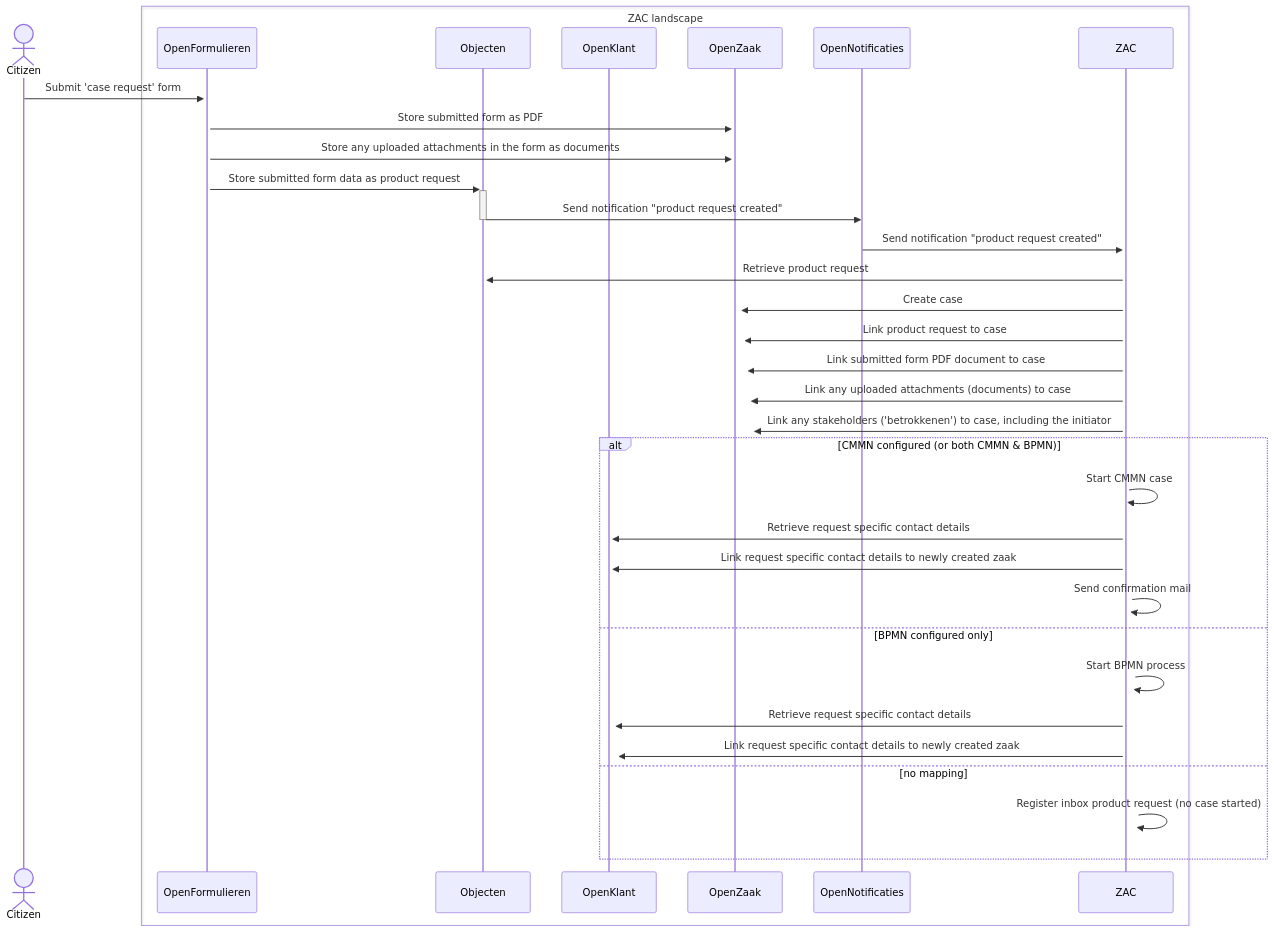
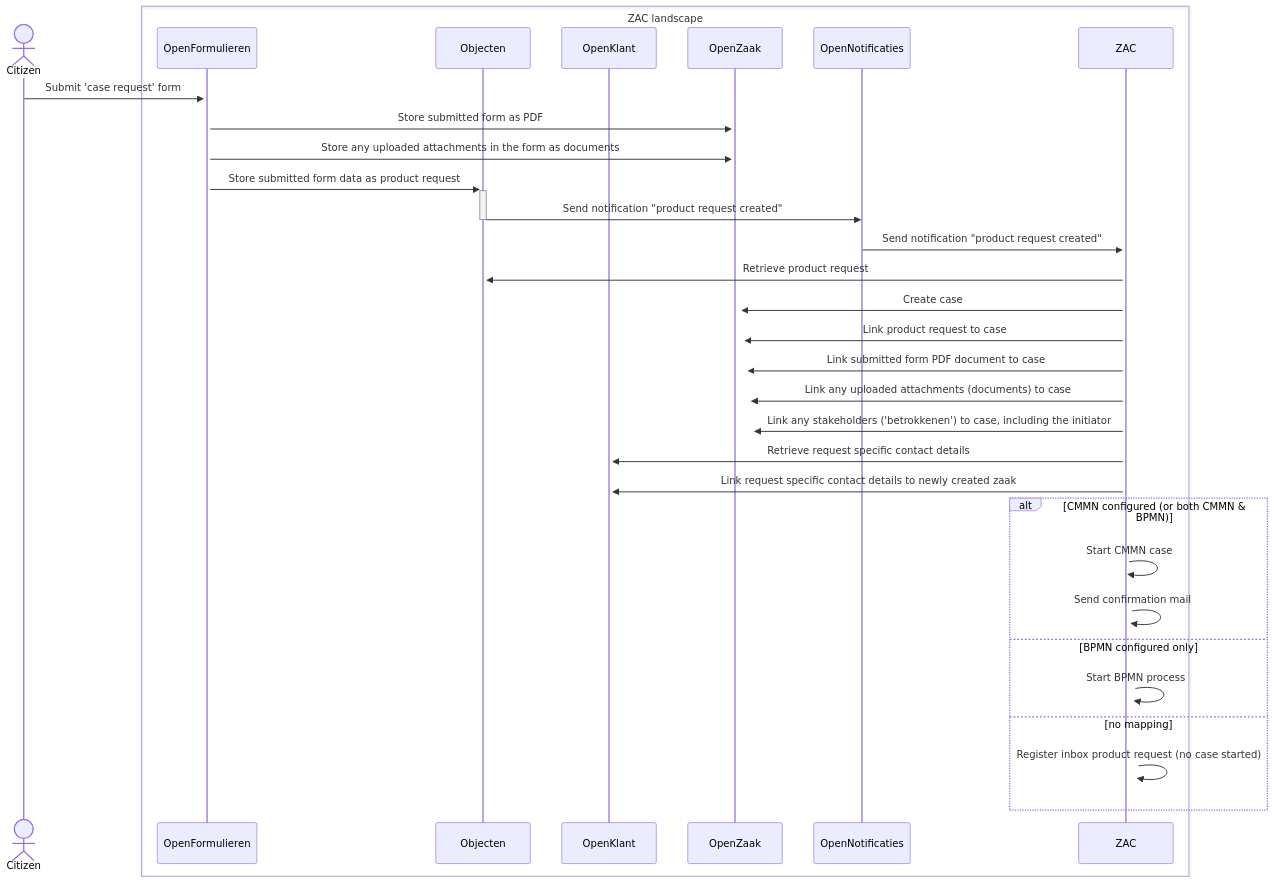
The diagram in docs/solution-architecture/productRequestSupport.md (infonl/dimpact-zaakafhandelcomponent), drawn with Mermaid before and after one commit. The commit also changed other lines of this file and 8 other files, not shown here.

````diff
--- a/docs/solution-architecture/productRequestSupport.md
+++ b/docs/solution-architecture/productRequestSupport.md
@@ -51,37 +51,35 @@
 ```mermaid
 sequenceDiagram
     actor Citizen
     box ZAC landscape
     participant OpenFormulieren
     participant Objecten
     participant OpenKlant
     participant OpenZaak
     participant OpenNotificaties
     participant ZAC
     end
 
     Citizen->>+OpenFormulieren: Submit 'case request' form
     OpenFormulieren->>+OpenZaak: Store submitted form as PDF
     OpenFormulieren->>+OpenZaak: Store any uploaded attachments in the form as documents
     OpenFormulieren->>+Objecten: Store submitted form data as product request
     Objecten->>-OpenNotificaties: Send notification "product request created"
     OpenNotificaties->>+ZAC: Send notification "product request created"
     ZAC->>+Objecten: Retrieve product request
     ZAC->>+OpenZaak: Create case
     ZAC->>+OpenZaak: Link product request to case
     ZAC->>+OpenZaak: Link submitted form PDF document to case
     ZAC->>+OpenZaak: Link any uploaded attachments (documents) to case
     ZAC->>+OpenZaak: Link any stakeholders ('betrokkenen') to case, including the initiator
+    ZAC->>+OpenKlant: Retrieve request specific contact details
+    ZAC->>+OpenKlant: Link request specific contact details to newly created zaak
     alt CMMN configured (or both CMMN & BPMN)
         ZAC->>+ZAC: Start CMMN case
-        ZAC->>+OpenKlant: Retrieve request specific contact details
-        ZAC->>+OpenKlant: Link request specific contact details to newly created zaak
         ZAC->>+ZAC: Send confirmation mail
     else BPMN configured only
         ZAC->>+ZAC: Start BPMN process
-        ZAC->>+OpenKlant: Retrieve request specific contact details
-        ZAC->>+OpenKlant: Link request specific contact details to newly created zaak
     else no mapping
         ZAC->>+ZAC: Register inbox product request (no case started)
     end
 ```
````
